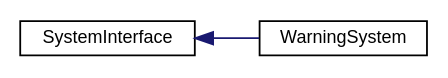
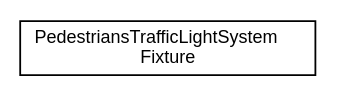
One commit to saleemhamo/traffic-light-system changed the diagram in inherit_graph_8.dot. Above: the diagram before and after it, drawn with Graphviz. The commit also changed 138 other files, not shown here.

```diff
--- a/inherit_graph_8.dot
+++ b/inherit_graph_8.dot
@@ -1,10 +1,8 @@
 digraph "Graphical Class Hierarchy"
 {
  // LATEX_PDF_SIZE
   edge [fontname="Helvetica",fontsize="10",labelfontname="Helvetica",labelfontsize="10"];
   node [fontname="Helvetica",fontsize="10",shape=record];
   rankdir="LR";
-  Node0 [label="SystemInterface",height=0.2,width=0.4,color="black", fillcolor="white", style="filled",URL="$classSystemInterface.html",tooltip="Interface for system control classes."];
-  Node0 -> Node1 [dir="back",color="midnightblue",fontsize="10",style="solid",fontname="Helvetica"];
-  Node1 [label="WarningSystem",height=0.2,width=0.4,color="black", fillcolor="white", style="filled",URL="$classWarningSystem.html",tooltip="Manages a warning system with three LEDs and a buzzer."];
+  Node0 [label="PedestriansTrafficLightSystem\lFixture",height=0.2,width=0.4,color="black", fillcolor="white", style="filled",URL="$structPedestriansTrafficLightSystemFixture.html",tooltip=" "];
 }
```
